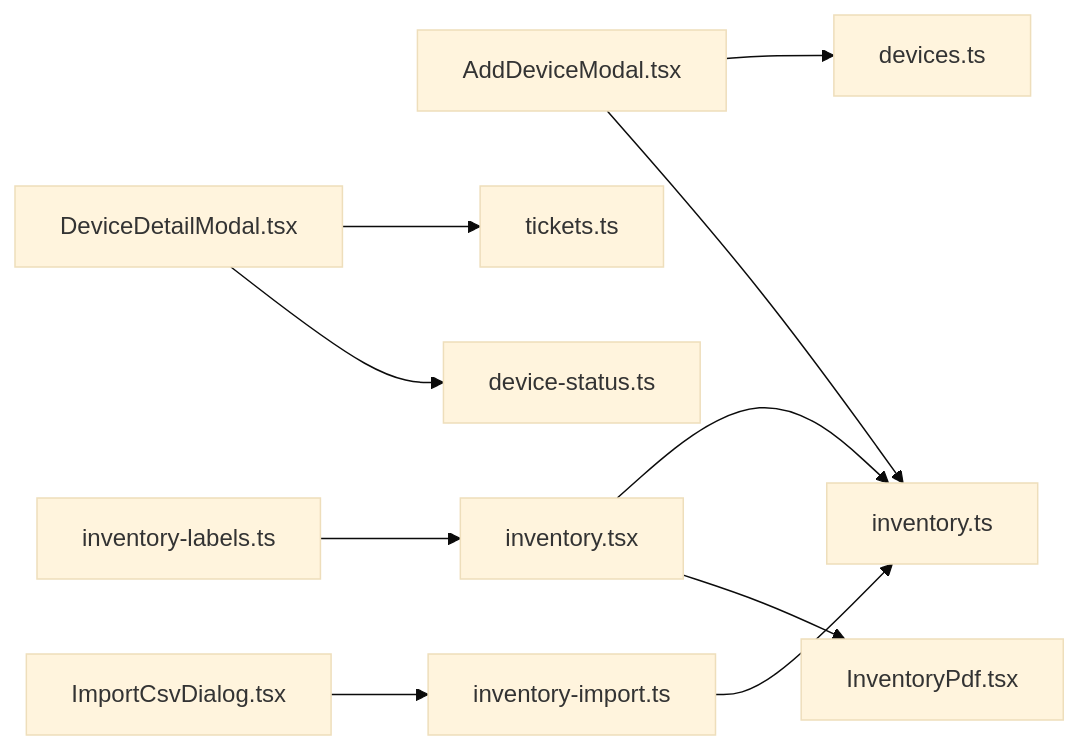
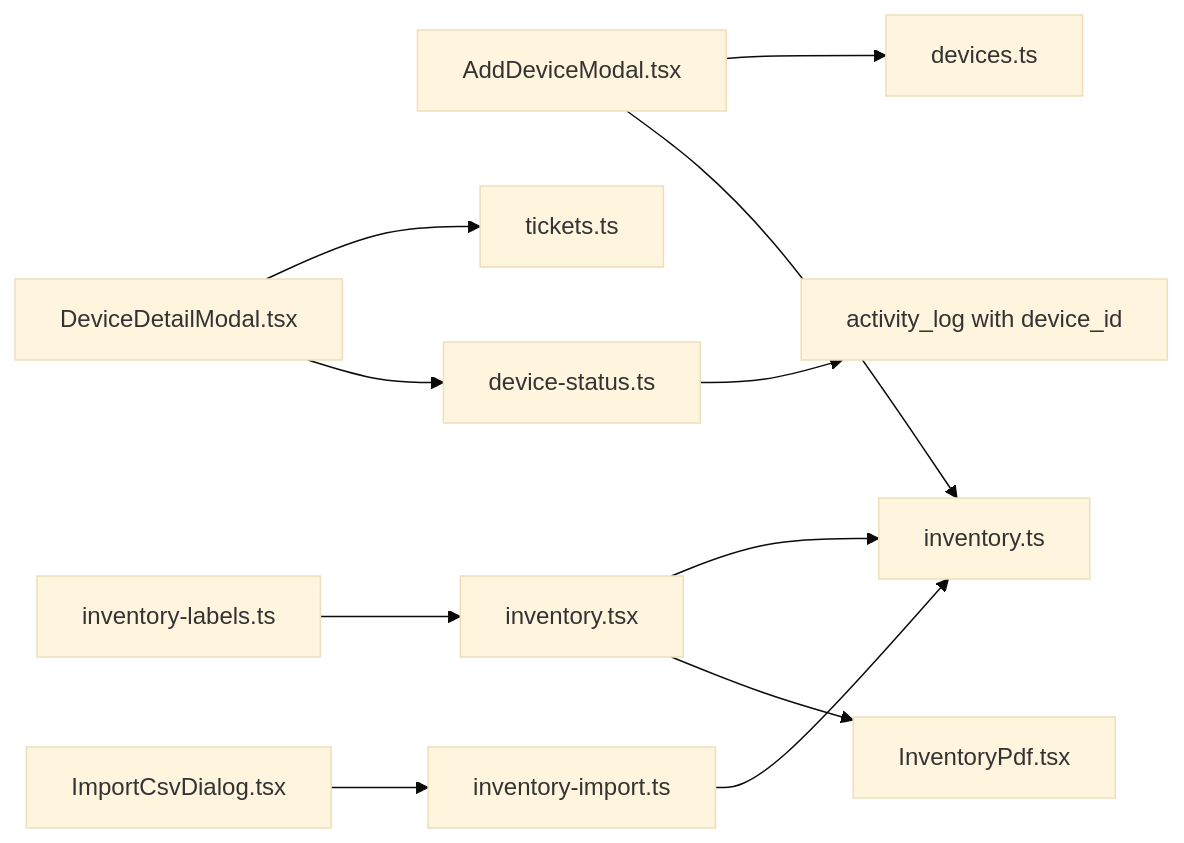
Before and after one commit to gastaldellomarco/pcReady: the ninth of 9 diagrams in .qoder/repowiki/en/content/Device Management System/Device Management System.md, drawn with Mermaid (base theme). The commit also changed other lines of this file and 5 other files, not shown here.

````diff
--- a/.qoder/repowiki/en/content/Device Management System/Device Management System.md
+++ b/.qoder/repowiki/en/content/Device Management System/Device Management System.md
@@ -428,12 +427,13 @@
 ```mermaid
 graph LR
 AddDeviceModal["AddDeviceModal.tsx"] --> DeviceSchema["devices.ts"]
 AddDeviceModal --> InventoryQuery["inventory.ts"]
 DeviceDetailModal["DeviceDetailModal.tsx"] --> TicketsQuery["tickets.ts"]
 DeviceDetailModal --> DeviceStatusFn["device-status.ts"]
+DeviceStatusFn --> ActivityLog["activity_log with device_id"]
 InventoryPage["inventory.tsx"] --> InventoryQuery
 InventoryPage --> InventoryPdf["InventoryPdf.tsx"]
 ImportDialog["ImportCsvDialog.tsx"] --> ImportLib["inventory-import.ts"]
 ImportLib --> InventoryQuery
 InventoryLabels["inventory-labels.ts"] --> InventoryPage
 ```
````
